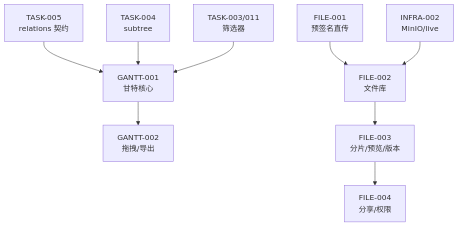
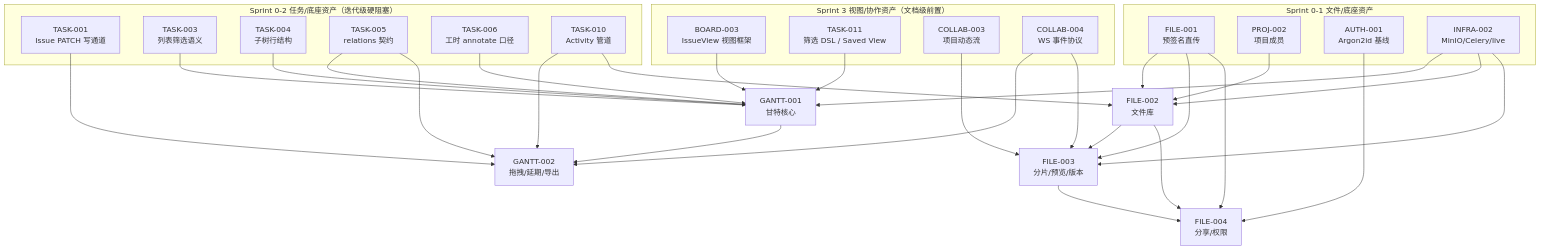
The second of 2 diagrams in docs/sprint-4-gantt-file/sprint-overview.md (RabbitAI-Lab/RabbitProjects), drawn with Mermaid before and after one commit. The commit also changed other lines of this file and 6 other files, not shown here.

````diff
--- a/docs/sprint-4-gantt-file/sprint-overview.md
+++ b/docs/sprint-4-gantt-file/sprint-overview.md
@@ -52,11 +53,50 @@
 ```mermaid
 flowchart TB
-    T005["TASK-005<br/>relations 契约"] --> G001["GANTT-001<br/>甘特核心"]
-    T004["TASK-004<br/>subtree"] --> G001
-    T003["TASK-003/011<br/>筛选器"] --> G001
-    G001 --> G002["GANTT-002<br/>拖拽/导出"]
-    F001["FILE-001<br/>预签名直传"] --> F002["FILE-002<br/>文件库"]
+    subgraph S0to2["Sprint 0-2 任务/底座资产（迭代级硬阻塞）"]
+        T001["TASK-001<br/>Issue PATCH 写通道"]
+        T003["TASK-003<br/>列表筛选语义"]
+        T004["TASK-004<br/>子树行结构"]
+        T005["TASK-005<br/>relations 契约"]
+        T006["TASK-006<br/>工时 annotate 口径"]
+        T010["TASK-010<br/>Activity 管道"]
+    end
+    subgraph S3assets["Sprint 3 视图/协作资产（文档级前置）"]
+        B003["BOARD-003<br/>IssueView 视图框架"]
+        T011["TASK-011<br/>筛选 DSL / Saved View"]
+        C003["COLLAB-003<br/>项目动态流"]
+        C004["COLLAB-004<br/>WS 事件协议"]
+    end
+    subgraph S0to1["Sprint 0-1 文件/底座资产"]
+        F001["FILE-001<br/>预签名直传"]
+        P002["PROJ-002<br/>项目成员"]
+        A001["AUTH-001<br/>Argon2id 基线"]
+        I002["INFRA-002<br/>MinIO/Celery/live"]
+    end
+
+    T003 --> G001["GANTT-001<br/>甘特核心"]
+    T004 --> G001
+    T005 --> G001
+    T006 --> G001
+    T011 --> G001
+    B003 --> G001
+    I002 --> G001
+    G001 --> G002["GANTT-002<br/>拖拽/延期/导出"]
+    T001 --> G002
+    T005 --> G002
+    T010 --> G002
+    C004 --> G002
+
+    F001 --> F002["FILE-002<br/>文件库"]
+    P002 --> F002
+    I002 --> F002
+    T010 --> F002
     F002 --> F003["FILE-003<br/>分片/预览/版本"]
-    F003 --> F004["FILE-004<br/>分享/权限"]
-    I002["INFRA-002<br/>MinIO/live"] --> F002
+    F001 --> F003
+    I002 --> F003
+    C003 --> F003
+    C004 --> F003
+    F002 --> F004["FILE-004<br/>分享/权限"]
+    F001 --> F004
+    F003 --> F004
+    A001 --> F004
 ```
````
